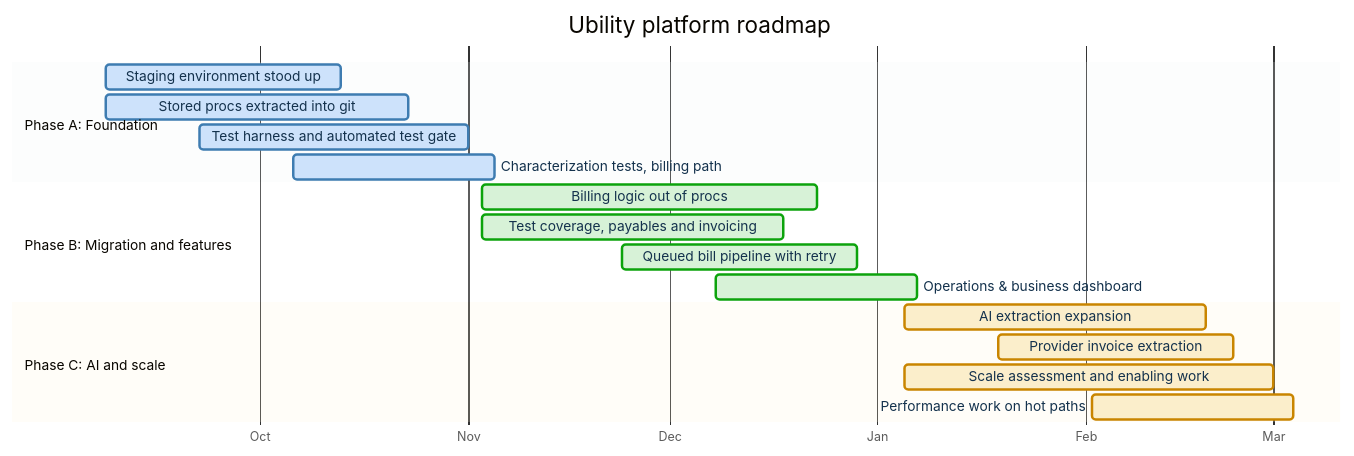
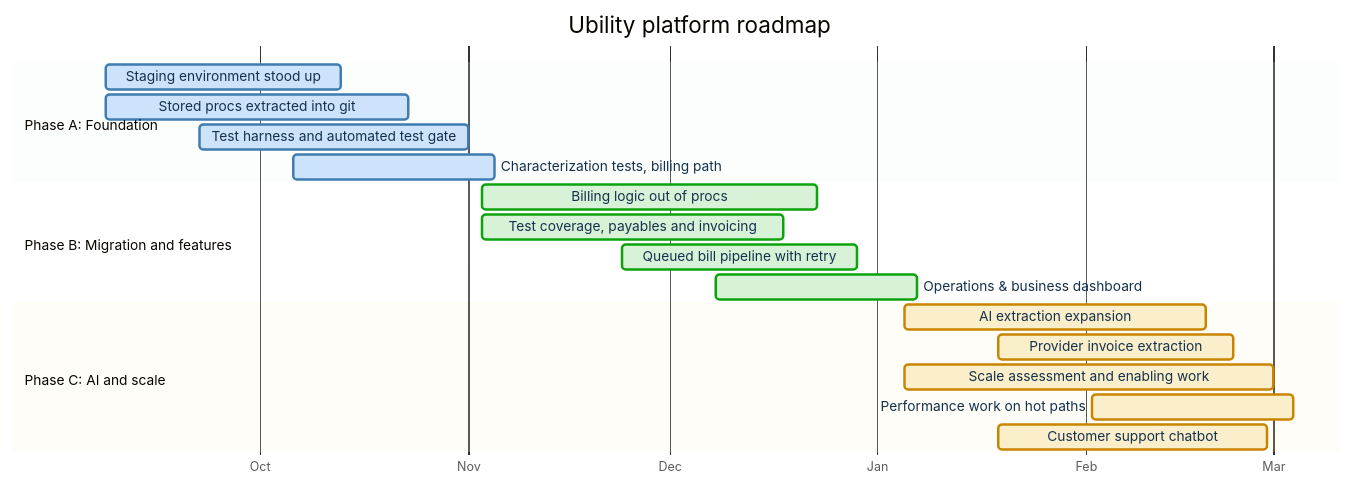
Before and after one commit to keystone-software-systems/keystone-web: the third of 3 diagrams in docs/projects/ubility/ongoing-partnership/ubility-partnership-proposal.md, drawn with Mermaid. The commit also changed other lines of this file and 1 other file, not shown here.

First line of the commit message:
docs: scope in a customer support chatbot, add maintenance-only pricing tier

````diff
--- a/docs/projects/ubility/ongoing-partnership/ubility-partnership-proposal.md
+++ b/docs/projects/ubility/ongoing-partnership/ubility-partnership-proposal.md
@@ -200,41 +200,42 @@
 ```mermaid
 %%{init: {'theme': 'base', 'themeVariables': {
     'critBkgColor': '#cde2fb',
     'critBorderColor': '#3E7CB1',
     'activeTaskBkgColor': '#d7f2d7',
     'activeTaskBorderColor': '#0ca30c',
     'taskBkgColor': '#fbeecb',
     'taskBorderColor': '#c98500',
     'taskTextColor': '#14324D',
     'taskTextOutsideColor': '#14324D',
     'taskTextDarkColor': '#14324D',
     'sectionBkgColor': '#eef2f5',
     'altSectionBkgColor': '#ffffff',
     'gridColor': '#e1e0d9',
     'todayLineColor': '#d03b3b'
 },
 'themeCSS': '.sectionTitle, .sectionTitle tspan { fill: #14324D !important; font-weight: 600; } .grid .tick text { fill: #52514e !important; } .titleText { fill: #14324D !important; }'
 }}%%
 gantt
     title Ubility platform roadmap
     dateFormat YYYY-MM-DD
     axisFormat %b
 
     section Phase A: Foundation
     Staging environment stood up           :crit, a1, 2026-09-08, 35d
     Stored procs extracted into git        :crit, a2, 2026-09-08, 45d
     Test harness and automated test gate   :crit, a3, 2026-09-22, 40d
     Characterization tests, billing path   :crit, a4, 2026-10-06, 30d
 
     section Phase B: Migration and features
     Billing logic out of procs             :active, b1, 2026-11-03, 50d
     Test coverage, payables and invoicing  :active, b2, 2026-11-03, 45d
     Queued bill pipeline with retry        :active, b3, 2026-11-24, 35d
     Operations & business dashboard        :active, b4, 2026-12-08, 30d
 
     section Phase C: AI and scale
     AI extraction expansion                :c1, 2027-01-05, 45d
     Provider invoice extraction            :c2, 2027-01-19, 35d
     Scale assessment and enabling work     :c3, 2027-01-05, 55d
     Performance work on hot paths          :c4, 2027-02-02, 30d
+    Customer support chatbot               :c5, 2027-01-19, 40d
 ```
````
